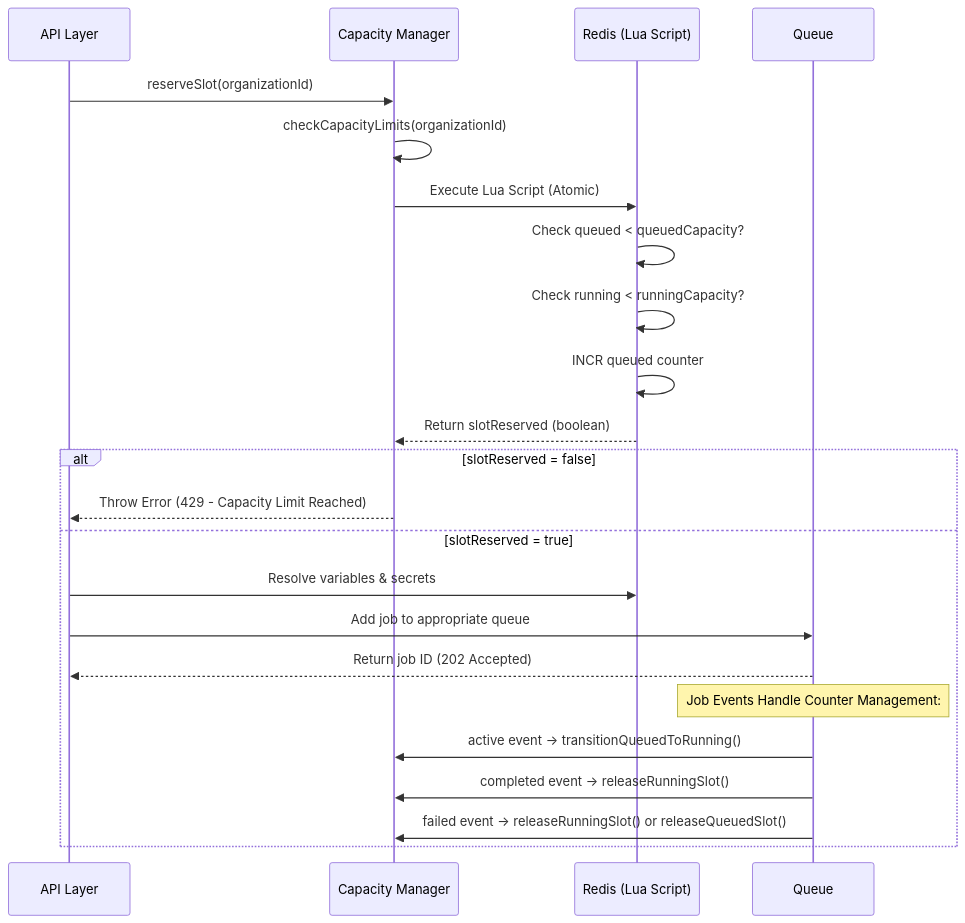
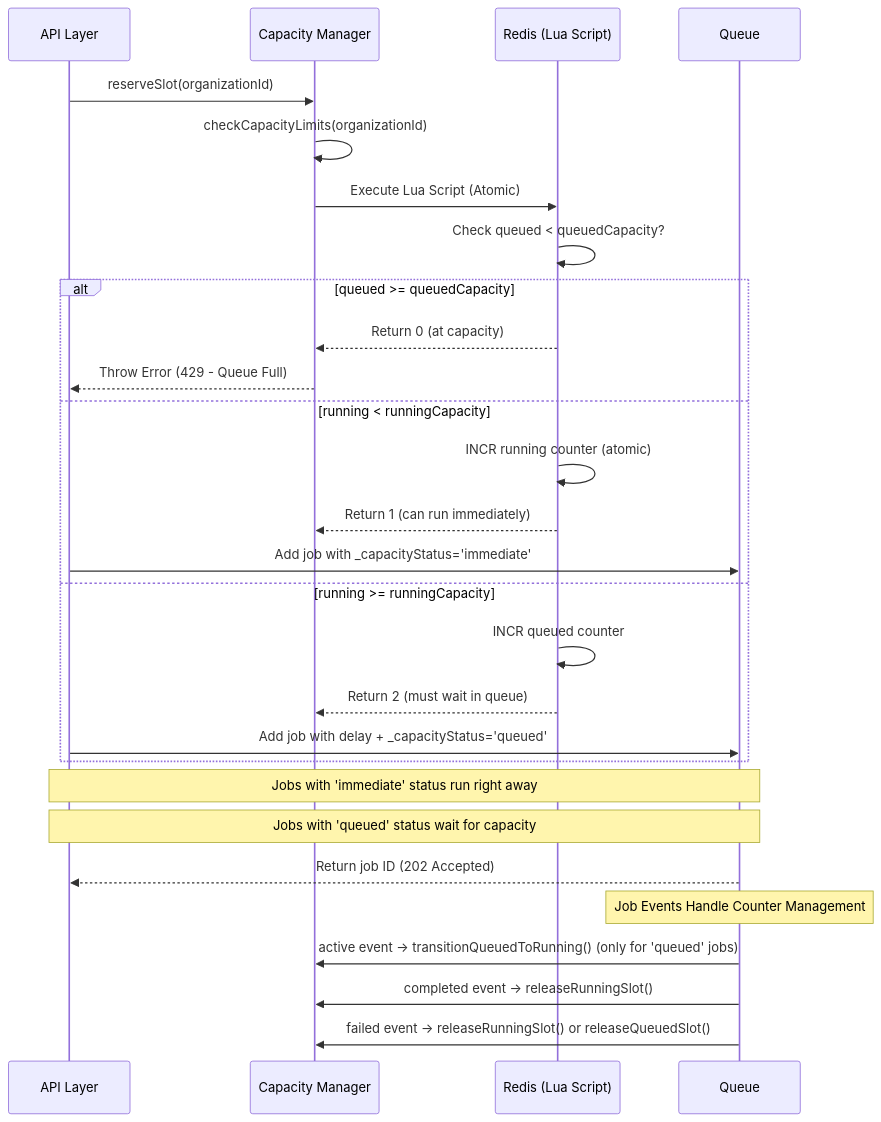
Before and after one commit to supercheck-io/supercheck: the sixth of 25 diagrams in docs/specs/03-execution/EXECUTION_SYSTEM.md, drawn with Mermaid. The commit also changed 17 other files, not shown here.

First line of the commit message:
feat: enhance health checks, capacity management, and data lifecycle documentation

````diff
--- a/docs/specs/03-execution/EXECUTION_SYSTEM.md
+++ b/docs/specs/03-execution/EXECUTION_SYSTEM.md
@@ -580,28 +580,34 @@
 ```mermaid
 sequenceDiagram
     participant API as API Layer
     participant CM as Capacity Manager
     participant Redis as Redis (Lua Script)
     participant Queue as Queue
 
     API->>CM: reserveSlot(organizationId)
     CM->>CM: checkCapacityLimits(organizationId)
     CM->>Redis: Execute Lua Script (Atomic)
     Redis->>Redis: Check queued < queuedCapacity?
-    Redis->>Redis: Check running < runningCapacity?
-    Redis->>Redis: INCR queued counter
-    Redis-->>CM: Return slotReserved (boolean)
+    
+    alt queued >= queuedCapacity
+        Redis-->>CM: Return 0 (at capacity)
+        CM-->>API: Throw Error (429 - Queue Full)
+    else running < runningCapacity
+        Redis->>Redis: INCR running counter (atomic)
+        Redis-->>CM: Return 1 (can run immediately)
+        API->>Queue: Add job with _capacityStatus='immediate'
+    else running >= runningCapacity
+        Redis->>Redis: INCR queued counter
+        Redis-->>CM: Return 2 (must wait in queue)
+        API->>Queue: Add job with delay + _capacityStatus='queued'
+    end
 
-    alt slotReserved = false
-        CM-->>API: Throw Error (429 - Capacity Limit Reached)
-    else slotReserved = true
-        API->>Redis: Resolve variables & secrets
-        API->>Queue: Add job to appropriate queue
-        Queue-->>API: Return job ID (202 Accepted)
-        
-        Note over Queue: Job Events Handle Counter Management:
-        Queue->>CM: active event → transitionQueuedToRunning()
-        Queue->>CM: completed event → releaseRunningSlot()
-        Queue->>CM: failed event → releaseRunningSlot() or releaseQueuedSlot()
-    end
+    Note over API,Queue: Jobs with 'immediate' status run right away
+    Note over API,Queue: Jobs with 'queued' status wait for capacity
+    Queue-->>API: Return job ID (202 Accepted)
+    
+    Note over Queue: Job Events Handle Counter Management
+    Queue->>CM: active event → transitionQueuedToRunning() (only for 'queued' jobs)
+    Queue->>CM: completed event → releaseRunningSlot()
+    Queue->>CM: failed event → releaseRunningSlot() or releaseQueuedSlot()
 ```
````
